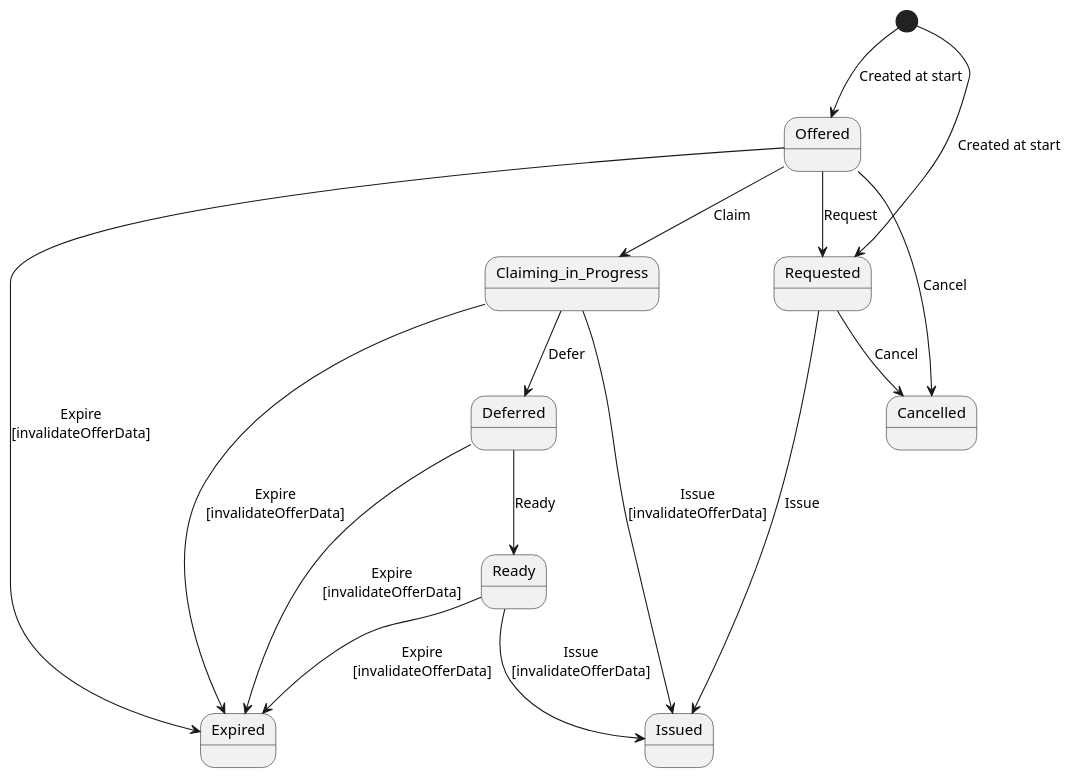
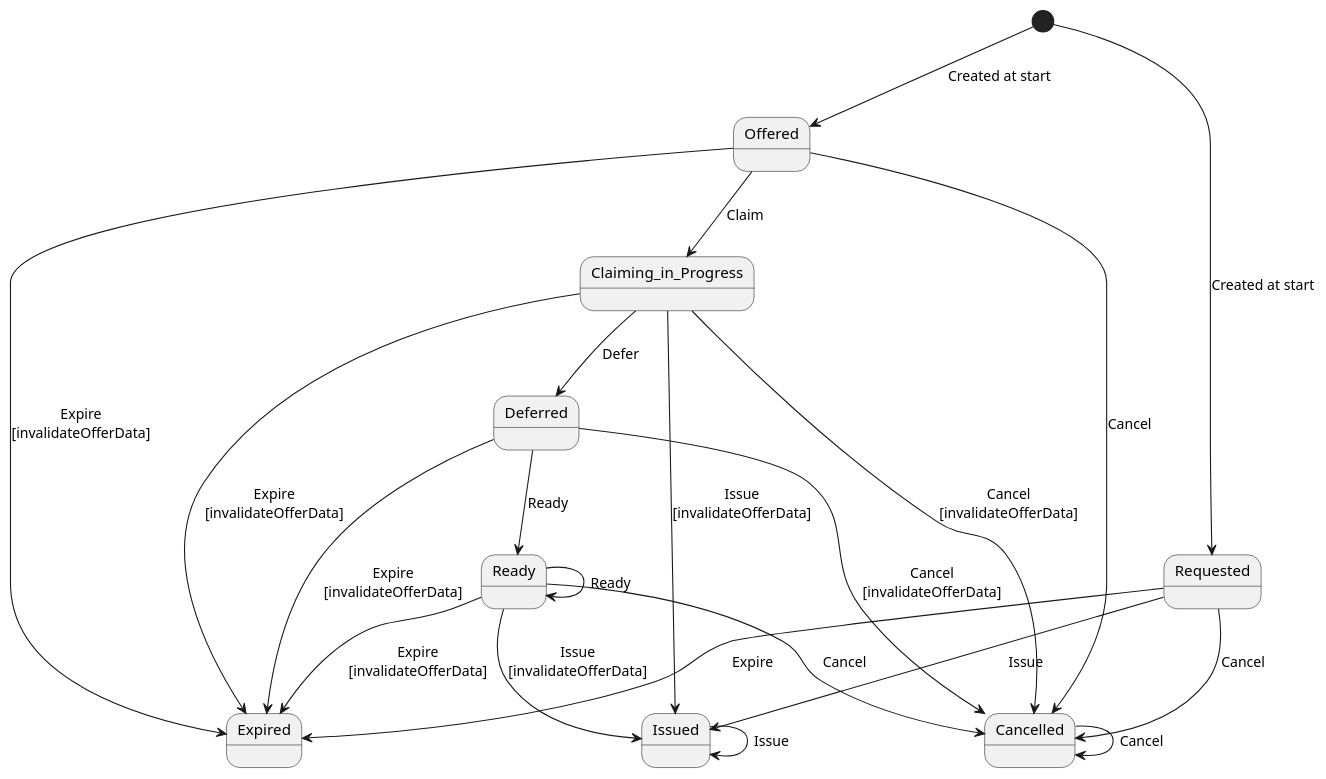
Before and after one commit to swiyu-admin-ch/swiyu-issuer: the diagram in issuer-service/src/main/resources/plantuml/credentialOfferStateMachine.puml, drawn with PlantUML. The commit also changed 18 other files, not shown here.

```diff
--- a/issuer-service/src/main/resources/plantuml/credentialOfferStateMachine.puml
+++ b/issuer-service/src/main/resources/plantuml/credentialOfferStateMachine.puml
@@ -1,25 +1,31 @@
 @startuml
+state Ready
+state Offered
+state Issued
+state Deferred
 state Expired
+state Claiming_in_Progress
 state Requested
 state Cancelled
-state Claiming_in_Progress
-state Offered
-state Ready
-state Deferred
-state Issued
 [*] --> Offered : Created at start
 [*] --> Requested : Created at start
 Requested --> Issued : Issue
 Requested --> Cancelled : Cancel
+Requested --> Expired : Expire
 Offered --> Cancelled : Cancel
 Offered --> Expired : Expire\n[invalidateOfferData]
 Offered --> Claiming_in_Progress : Claim
-Offered --> Requested : Request
 Claiming_in_Progress --> Expired : Expire\n[invalidateOfferData]
 Claiming_in_Progress --> Deferred : Defer
 Claiming_in_Progress --> Issued : Issue\n[invalidateOfferData]
+Claiming_in_Progress --> Cancelled : Cancel\n[invalidateOfferData]
 Deferred --> Ready : Ready
 Deferred --> Expired : Expire\n[invalidateOfferData]
+Deferred --> Cancelled : Cancel\n[invalidateOfferData]
 Ready --> Issued : Issue\n[invalidateOfferData]
 Ready --> Expired : Expire\n[invalidateOfferData]
+Ready --> Cancelled : Cancel
+Ready --> Ready : Ready
+Issued --> Issued : Issue
+Cancelled --> Cancelled : Cancel
 @enduml
```
